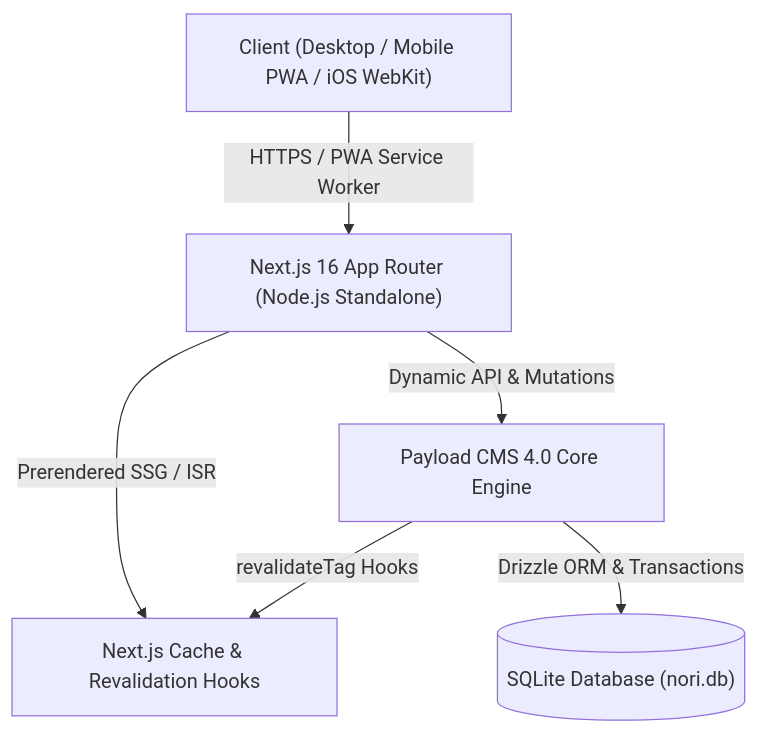
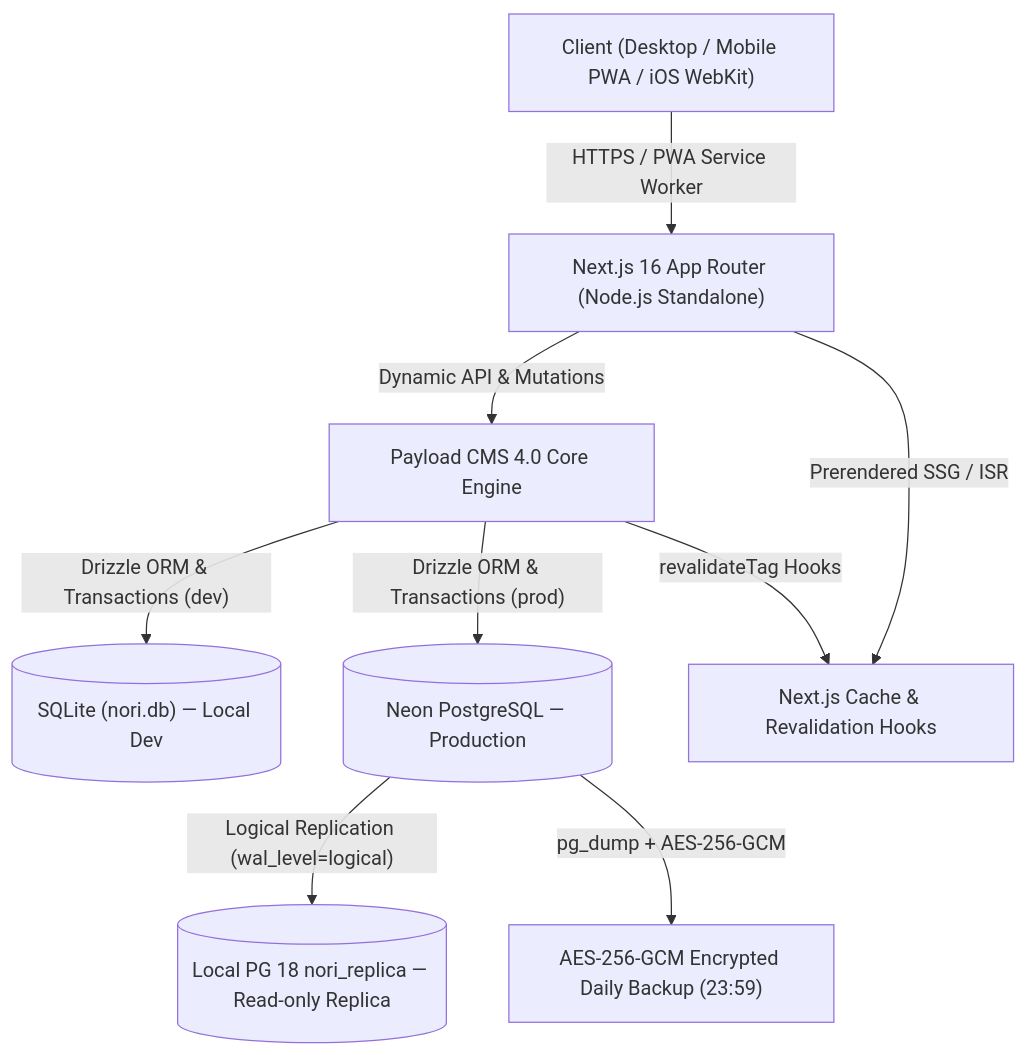
One commit to nquocthinh06/nori-vehicle-rental changed the diagram in README.md. Above: the diagram before and after it, drawn with Mermaid. The commit also changed other lines of this file and 21 other files, not shown here.

````diff
--- a/README.md
+++ b/README.md
@@ -70,14 +75,20 @@
 ```mermaid
 graph TD
   UserBrowser["Client (Desktop / Mobile PWA / iOS WebKit)"]
   NextApp["Next.js 16 App Router (Node.js Standalone)"]
   PayloadCore["Payload CMS 4.0 Core Engine"]
-  SqliteDB[("SQLite Database (nori.db)")]
+  SqliteDB[("SQLite (nori.db) — Local Dev")]
+  NeonPG[("Neon PostgreSQL — Production")]
+  LocalPG18[("Local PG 18 nori_replica — Read-only Replica")]
   CacheLayer["Next.js Cache & Revalidation Hooks"]
+  BackupLayer["AES-256-GCM Encrypted Daily Backup (23:59)"]
 
   UserBrowser -->|"HTTPS / PWA Service Worker"| NextApp
   NextApp -->|"Prerendered SSG / ISR"| CacheLayer
   NextApp -->|"Dynamic API & Mutations"| PayloadCore
-  PayloadCore -->|"Drizzle ORM & Transactions"| SqliteDB
+  PayloadCore -->|"Drizzle ORM & Transactions (dev)"| SqliteDB
+  PayloadCore -->|"Drizzle ORM & Transactions (prod)"| NeonPG
+  NeonPG -->|"Logical Replication (wal_level=logical)"| LocalPG18
+  NeonPG -->|"pg_dump + AES-256-GCM"| BackupLayer
   PayloadCore -->|"revalidateTag Hooks"| CacheLayer
 ```
````
